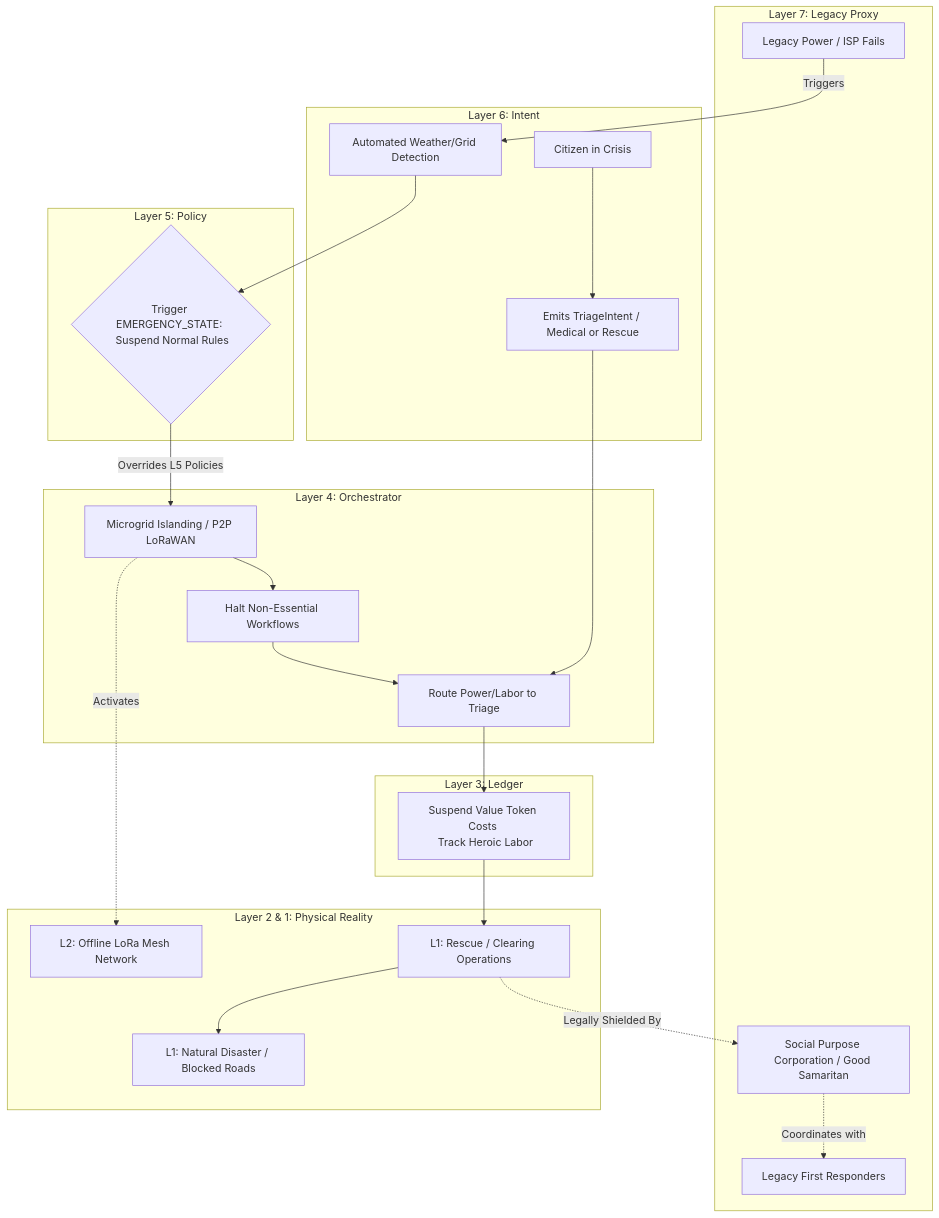
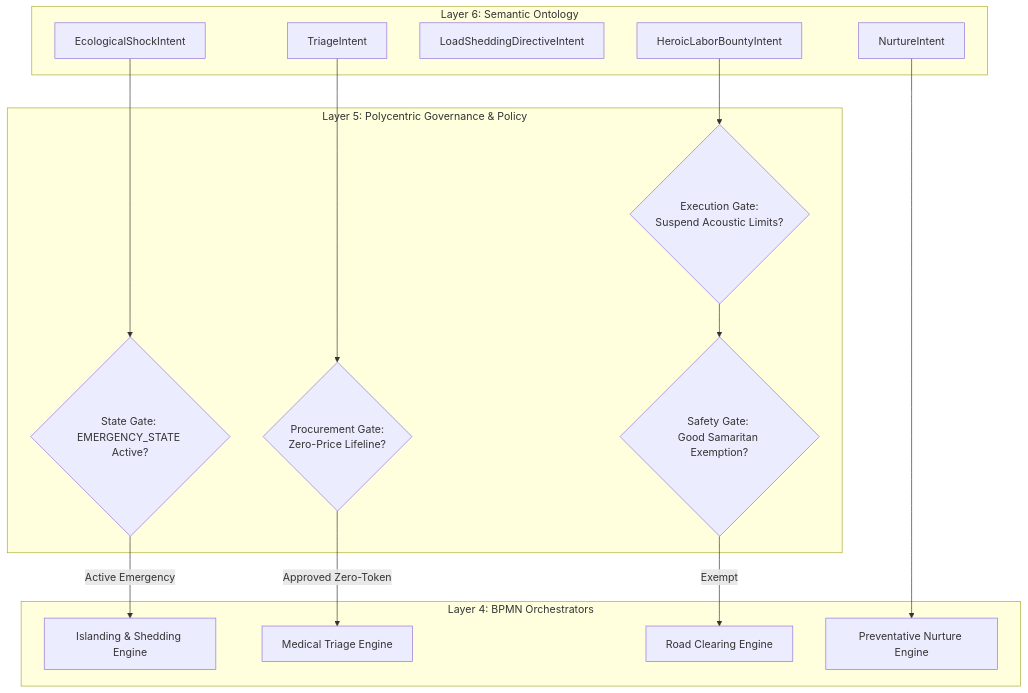
The third of 4 diagrams in docs/scenarios/upsilon_shock.md (raffaine/collective), drawn with Mermaid before and after one commit. The commit also changed other lines of this file and 62 other files, not shown here.

First line of the commit message:
feat(sprint-1): Oasis V4 WebGPU Engine & Sovereign Stack V2 Architecture

````diff
--- a/docs/scenarios/upsilon_shock.md
+++ b/docs/scenarios/upsilon_shock.md
@@ -45,57 +110,37 @@
 ```mermaid
 graph TD
-    subgraph Layer 7: Legacy Proxy
-        FEMA[Legacy First Responders]
-        Grid[Legacy Power / ISP Fails]
-        SPC[Social Purpose Corporation / Good Samaritan]
+    subgraph Layer 6: Semantic Ontology
+        L6_Shock[EcologicalShockIntent]
+        L6_Triage[TriageIntent]
+        L6_Shed[LoadSheddingDirectiveIntent]
+        L6_Heroic[HeroicLaborBountyIntent]
+        L6_Nurture[NurtureIntent]
     end
 
-    subgraph Layer 6: Intent
-        L2_Detect[Automated Weather/Grid Detection]
-        Citizen[Citizen in Crisis]
-        Intent[Emits TriageIntent / Medical or Rescue]
+    subgraph Layer 5: Polycentric Governance & Policy
+        P_State{State Gate: <br>EMERGENCY_STATE Active?}
+        P_Noise{Execution Gate: <br>Suspend Acoustic Limits?}
+        P_Relief{Procurement Gate: <br>Zero-Price Lifeline?}
+        P_Labor{Safety Gate: <br>Good Samaritan Exemption?}
     end
 
-    subgraph Layer 5: Policy
-        EmergencyState{Trigger EMERGENCY_STATE: <br> Suspend Normal Rules}
+    subgraph Layer 4: BPMN Orchestrators
+        BPMN_Island[Islanding & Shedding Engine]
+        BPMN_Triage[Medical Triage Engine]
+        BPMN_Clear[Road Clearing Engine]
+        BPMN_Prevent[Preventative Nurture Engine]
     end
 
-    subgraph Layer 4: Orchestrator
-        Islanding[Microgrid Islanding / P2P LoRaWAN]
-        Shedding[Halt Non-Essential Workflows]
-        Route[Route Power/Labor to Triage]
-    end
-
-    subgraph Layer 3: Ledger
-        MutualAid[Suspend Value Token Costs <br> Track Heroic Labor]
-    end
-
-    subgraph Layer 2 & 1: Physical Reality
-        Env[L1: Natural Disaster / Blocked Roads]
-        LoRa[L2: Offline LoRa Mesh Network]
-        Action[L1: Rescue / Clearing Operations]
-    end
-
-    %% Legacy Failure
-    Grid -->|Triggers| L2_Detect
-    L2_Detect --> EmergencyState
+    %% Routing
+    L6_Shock --> P_State
+    P_State -->|Active Emergency| BPMN_Island
     
-    %% Intent Flow
-    Citizen --> Intent
-    Intent --> Route
+    L6_Triage --> P_Relief
+    P_Relief -->|Approved Zero-Token| BPMN_Triage
     
-    %% Emergency Response
-    EmergencyState -->|Overrides L5 Policies| Islanding
-    Islanding --> Shedding
-    Islanding -.->|Activates| LoRa
+    L6_Heroic --> P_Noise
+    P_Noise --> P_Labor
+    P_Labor -->|Exempt| BPMN_Clear
     
-    Shedding --> Route
-    Route --> MutualAid
-    MutualAid --> Action
-    
-    Action --> Env
-    
-    %% L7 Shielding
-    Action -.->|Legally Shielded By| SPC
-    SPC -.->|Coordinates with| FEMA
+    L6_Nurture --> BPMN_Prevent
 ```
````
